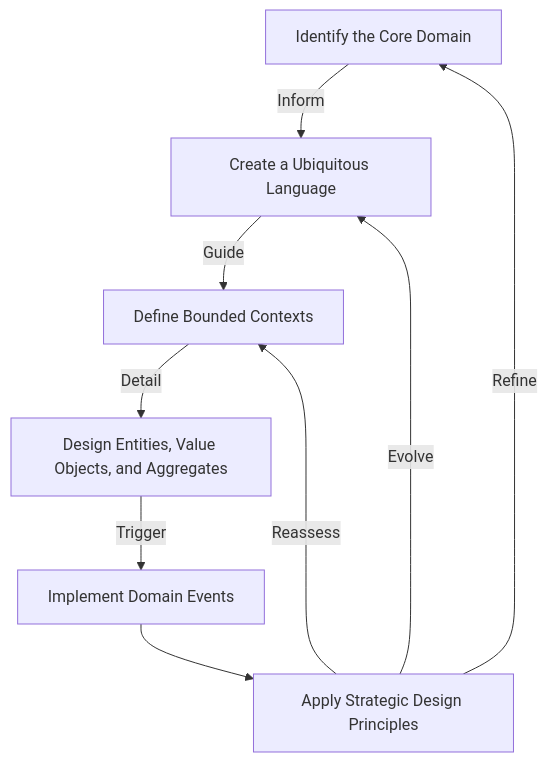
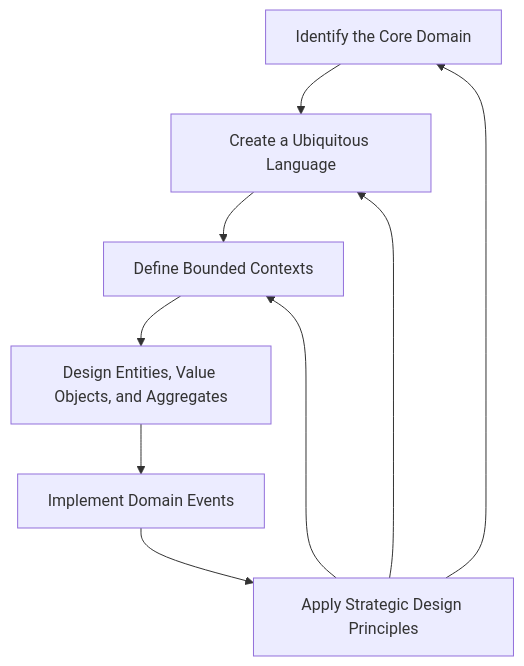
Before and after one commit to afroze9/presentations: the diagram in 01-domain-driven-design/pages/implementing-ddd.md, drawn with Mermaid. The commit also changed other lines of this file and 3 other files, not shown here.

````diff
--- a/01-domain-driven-design/pages/implementing-ddd.md
+++ b/01-domain-driven-design/pages/implementing-ddd.md
@@ -9,12 +9,12 @@
 ```mermaid
 graph TD
-    A[Identify the Core Domain] -->|Inform| B[Create a Ubiquitous Language]
-    B -->|Guide| C[Define Bounded Contexts]
-    C -->|Detail| D[Design Entities, Value Objects, and Aggregates]
-    D -->|Trigger| E[Implement Domain Events]
+    A[Identify the Core Domain] --> B[Create a Ubiquitous Language]
+    B --> C[Define Bounded Contexts]
+    C --> D[Design Entities, Value Objects, and Aggregates]
+    D --> E[Implement Domain Events]
     E --> F[Apply Strategic Design Principles]
-    F -->|Reassess| C
-    F -->|Evolve| B
-    F -->|Refine| A
+    F --> C
+    F --> B
+    F --> A
 
 ```
````
